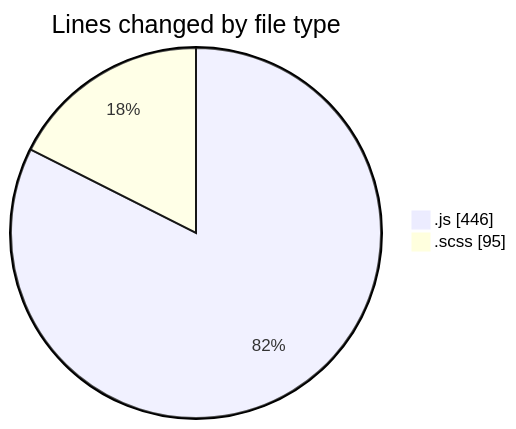
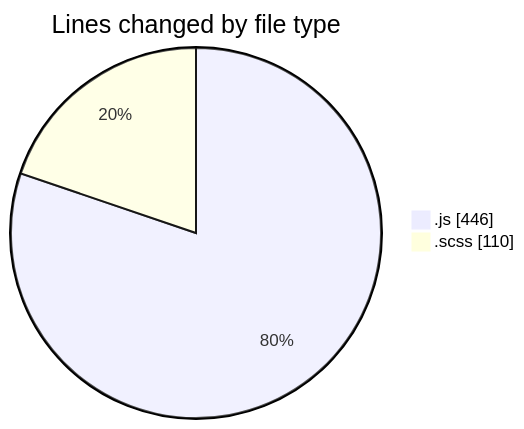
Before and after one commit to momahboobian/code-tracking: the first of 2 diagrams in 2026-01-05/cda/README.md, drawn with Mermaid. The commit also changed other lines of this file and 1 other file, not shown here.

````diff
--- a/2026-01-05/cda/README.md
+++ b/2026-01-05/cda/README.md
@@ -25,6 +25,6 @@
 ```mermaid
 pie showData
 title Lines changed by file type
 ".js" : 446
-".scss" : 95
+".scss" : 110
 ```
````
